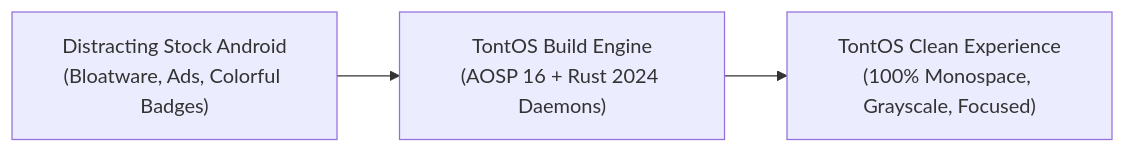
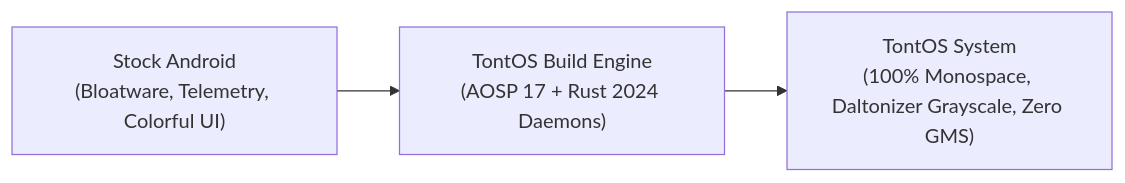
One commit to FalseThinks/TontOS changed the first of 3 diagrams in README.md. Above: the diagram before and after it, drawn with Mermaid. The commit also changed other lines of this file and 38 other files, not shown here.

First line of the commit message:
feat(build,launcher): optimize AOSP 17 low-ram builds and modularize launcher architecture

````diff
--- a/README.md
+++ b/README.md
@@ -55,5 +57,5 @@
 ```mermaid
 flowchart LR
-    A["Distracting Stock Android\n(Bloatware, Ads, Colorful Badges)"] --> B["TontOS Build Engine\n(AOSP 16 + Rust 2024 Daemons)"]
-    B --> C["TontOS Clean Experience\n(100% Monospace, Grayscale, Focused)"]
+    A["Stock Android\n(Bloatware, Telemetry, Colorful UI)"] --> B["TontOS Build Engine\n(AOSP 17 + Rust 2024 Daemons)"]
+    B --> C["TontOS System\n(100% Monospace, Daltonizer Grayscale, Zero GMS)"]
 ```
````
